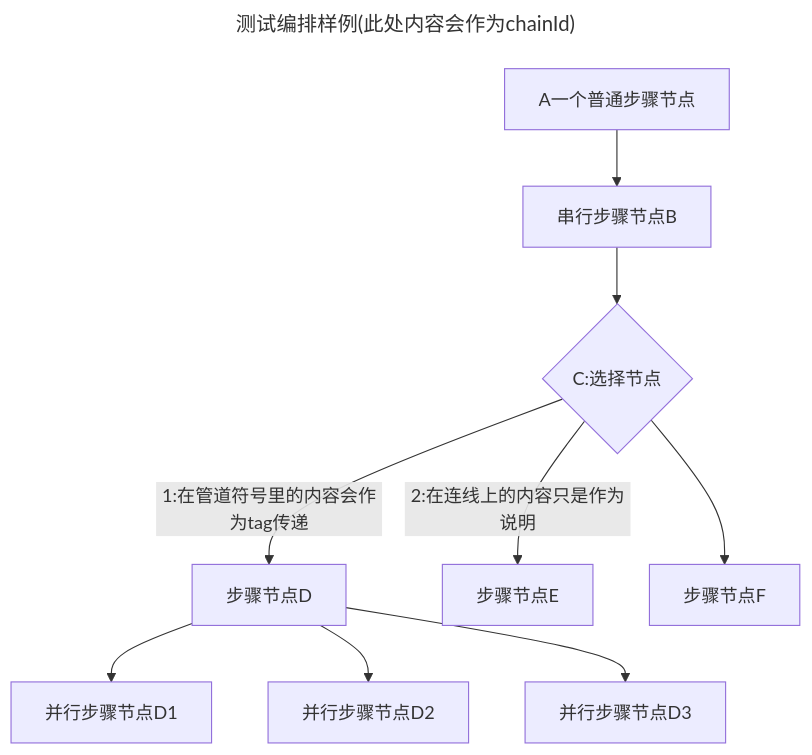
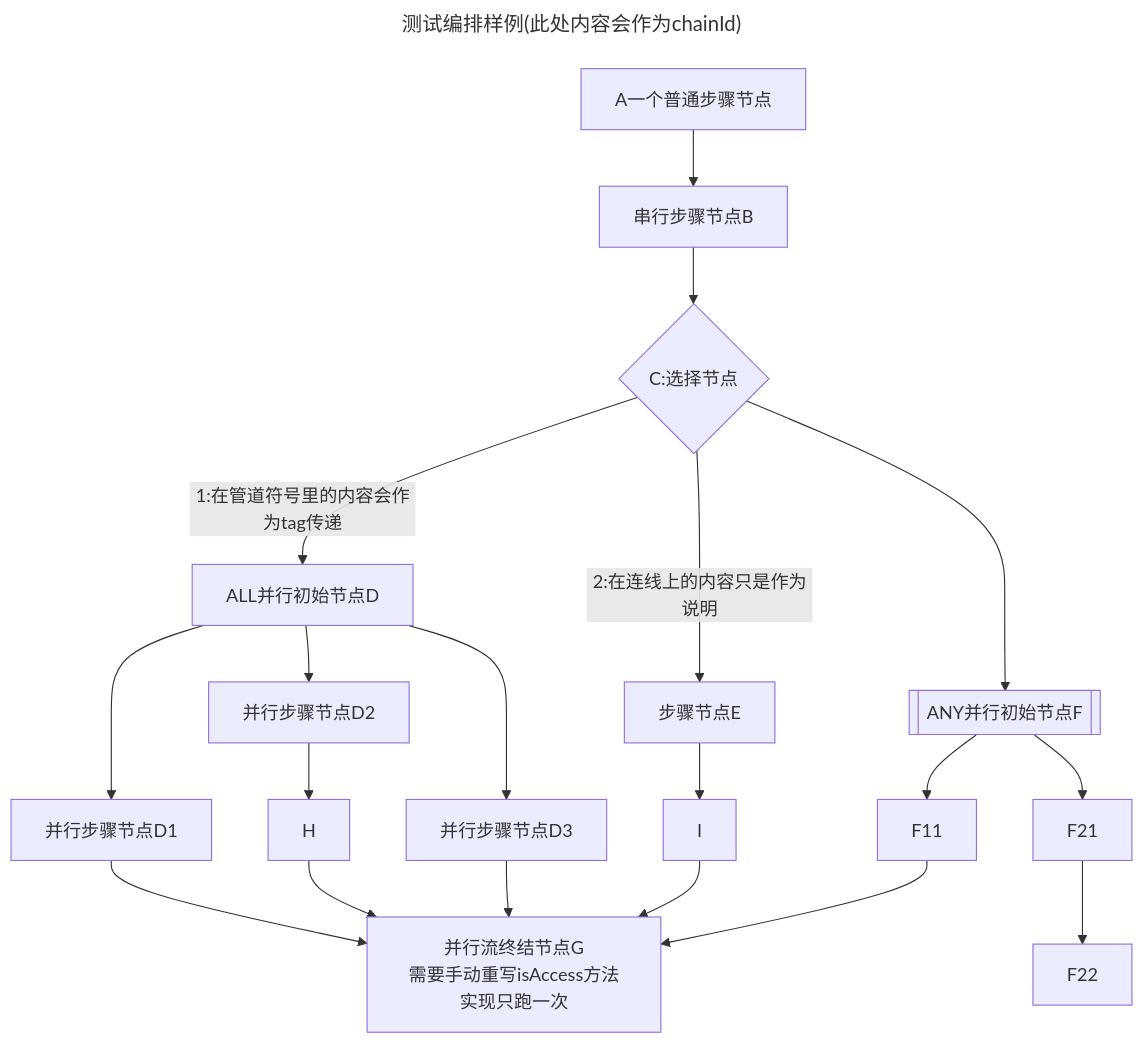
The diagram in liteflow-rule-plugin/liteflow-rule-markdown/README.md (NeoGitCrt1/liteflow), drawn with Mermaid before and after one commit. The commit also changed 19 other files, not shown here.

````diff
--- a/liteflow-rule-plugin/liteflow-rule-markdown/README.md
+++ b/liteflow-rule-plugin/liteflow-rule-markdown/README.md
@@ -1,13 +1,14 @@
 ```mermaid
 --- 
 title: 测试编排样例(此处内容会作为chainId)
 ---
 flowchart TD;
 A[A一个普通步骤节点] --> B[串行步骤节点B] --> C{C:选择节点}
-C --> |1:在管道符号里的内容会作为tag传递| D[步骤节点D] --> D1[并行步骤节点D1]
-D[步骤节点D] --> D2[并行步骤节点D2]
-D[步骤节点D] --> D3[并行步骤节点D3]
-C --2:在连线上的内容只是作为说明--> E[步骤节点E] 
-C --> F[步骤节点F] 
+C --> |1:在管道符号里的内容会作为tag传递| D["ALL并行初始节点D"] --> D1[并行步骤节点D1] --> G
+D --> D2[并行步骤节点D2] -->  H --> G
+D --> D3[并行步骤节点D3] --> G 
+C --2:在连线上的内容只是作为说明--> E[步骤节点E] --> I --> G[并行流终结节点G<br>需要手动重写isAccess方法实现只跑一次]
+C --> F[["ANY并行初始节点F"]] --> F11 --> G
+F --> F21 --> F22 
 
 ```
````
